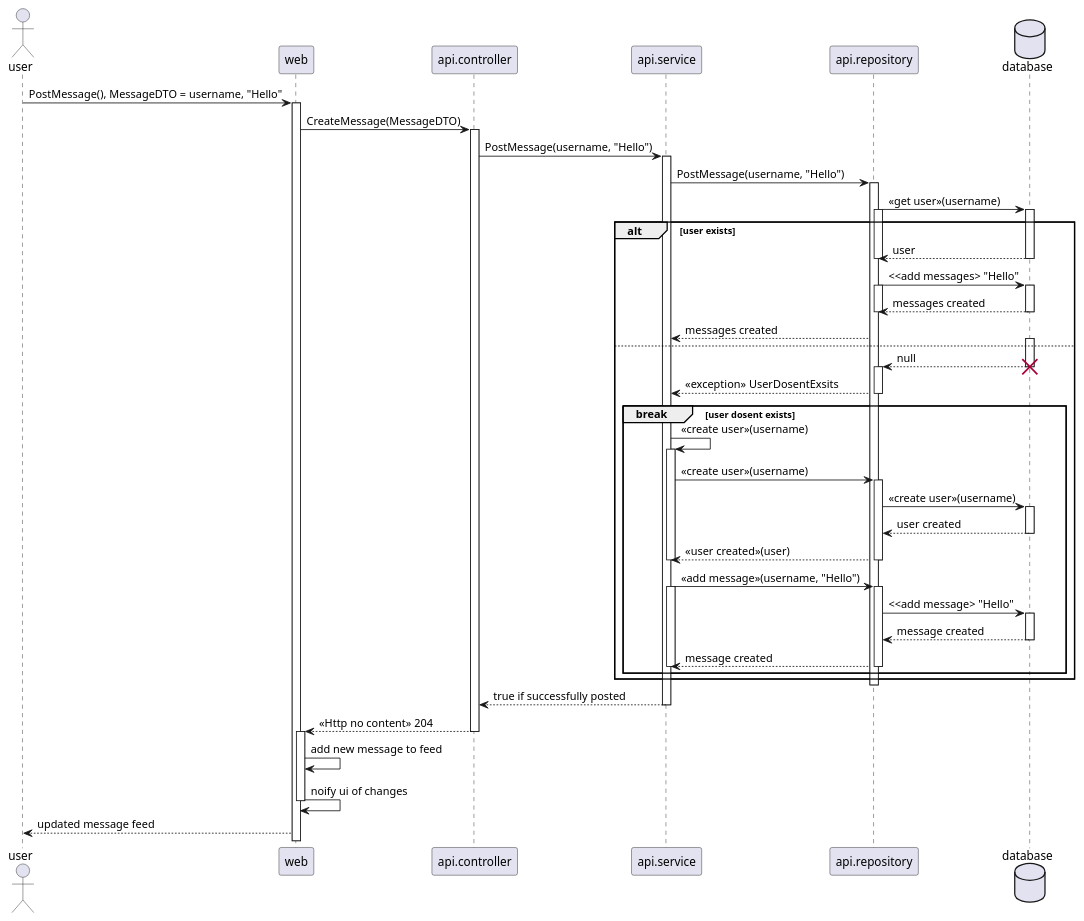
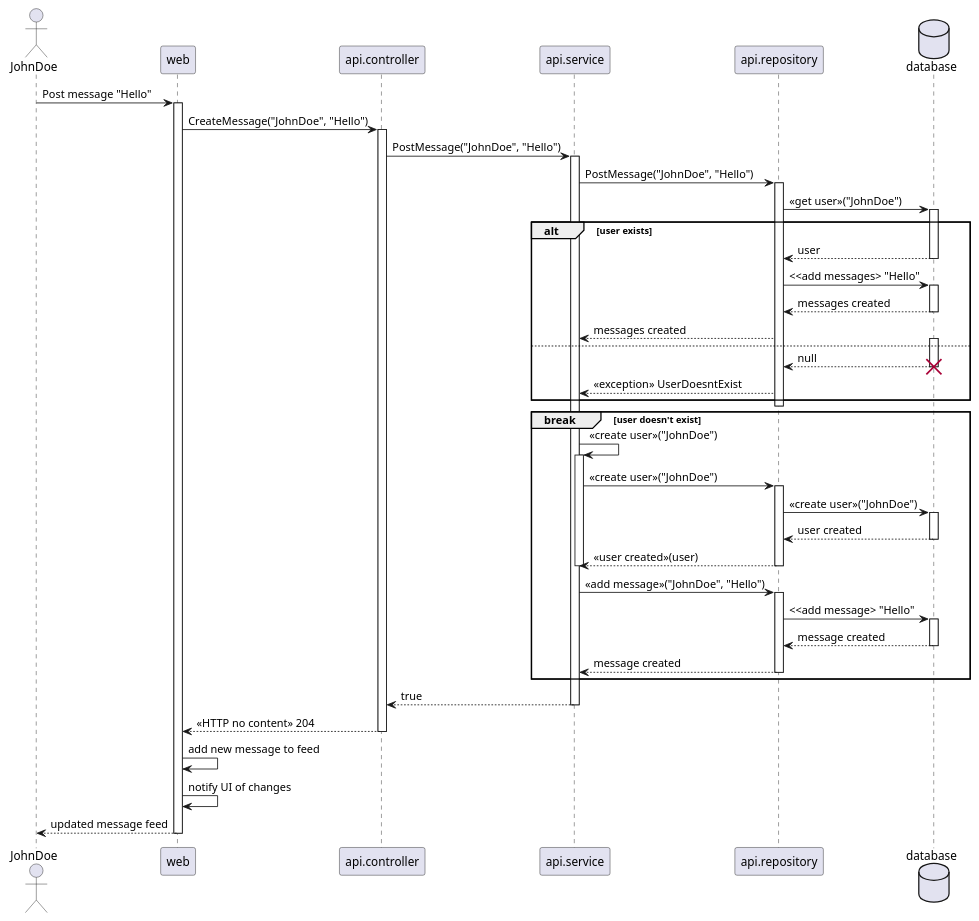
The diagram in docs/Diagrams/SequenceDigram-user-to-database.wsd (ITU-DevOps2025-GROUP-A/itu-minitwit), drawn with PlantUML before and after one commit. The commit also changed 1 other file, not shown here.

Commit message:
docs<sequence diagram>: updated diagram

```diff
--- a/docs/Diagrams/SequenceDigram-user-to-database.wsd
+++ b/docs/Diagrams/SequenceDigram-user-to-database.wsd
@@ -1,90 +1,87 @@
 @startuml
-actor user
+actor JohnDoe as user
 participant web
 participant api.controller
 participant api.service
 participant api.repository
 database database
 
-user -> web : PostMessage(), MessageDTO = username, "Hello"
+user -> web : Post message "Hello"
 activate web
 
-web -> api.controller : CreateMessage(MessageDTO)
+web -> api.controller : CreateMessage("JohnDoe", "Hello")
 activate api.controller
 
-api.controller -> api.service : PostMessage(username, "Hello")
+api.controller -> api.service : PostMessage("JohnDoe", "Hello")
 activate api.service
 
-api.service -> api.repository : PostMessage(username, "Hello")
+api.service -> api.repository : PostMessage("JohnDoe", "Hello")
 activate api.repository
 
-api.repository -> database : <<get user>>(username)
+api.repository -> database : <<get user>>("JohnDoe")
     alt user exists
-        activate api.repository
+
         activate database
         api.repository <-- database : user
-        deactivate api.repository
+
         deactivate database
         api.repository -> database : <<add messages> "Hello"
-        activate api.repository
+
         activate database
         api.repository <-- database : messages created
         deactivate database
-        deactivate api.repository
+
         api.service <-- api.repository : messages created
     else 
         activate database
         api.repository <-- database : null
         destroy database
-        activate api.repository
         
-        api.service <-- api.repository : <<exception>> UserDosentExsits
-        deactivate api.repository
-
-        break user dosent exists
-            api.service -> api.service : <<create user>>(username)
-            activate api.service
-
-            api.service -> api.repository : <<create user>>(username)
-            activate api.repository
-            
-            api.repository -> database : <<create user>>(username)
-            activate database
-            
-            api.repository <-- database : user created
-            deactivate database
-
-            api.service <-- api.repository : <<user created>>(user)
-            deactivate api.service
-            deactivate api.repository
-
-            api.service -> api.repository : <<add message>>(username, "Hello")
-            activate api.service
-            activate api.repository
-
-            api.repository -> database : <<add message> "Hello"
-            activate database
-
-            api.repository <-- database : message created
-            deactivate database
-            
-            api.service <-- api.repository : message created
-            deactivate api.service
-            deactivate api.repository
-        end
+        api.service <-- api.repository : <<exception>> UserDoesntExist
+        
     end
 deactivate api.repository
 
-api.controller <-- api.service : true if successfully posted
+break user doesn't exist
+    api.service -> api.service : <<create user>>("JohnDoe")
+    activate api.service
+
+    api.service -> api.repository : <<create user>>("JohnDoe")
+    activate api.repository
+    
+    api.repository -> database : <<create user>>("JohnDoe")
+    activate database
+    
+    api.repository <-- database : user created
+    deactivate database
+
+    api.service <-- api.repository : <<user created>>(user)
+    deactivate api.service
+    deactivate api.repository
+
+    api.service -> api.repository : <<add message>>("JohnDoe", "Hello")
+    activate api.repository
+
+    api.repository -> database : <<add message> "Hello"
+    activate database
+
+    api.repository <-- database : message created
+    deactivate database
+    
+    api.service <-- api.repository : message created
+    deactivate api.repository
+end
+
+api.controller <-- api.service : true
 deactivate api.service
 
-web <-- api.controller : <<Http no content>> 204
+web <-- api.controller : <<HTTP no content>> 204
 deactivate api.controller
 
-activate web
+
 web -> web : add new message to feed
-web -> web : noify ui of changes 
-deactivate web
+web -> web : notify UI of changes
 
 user <-- web : updated message feed
+deactivate web
 @enduml
```
